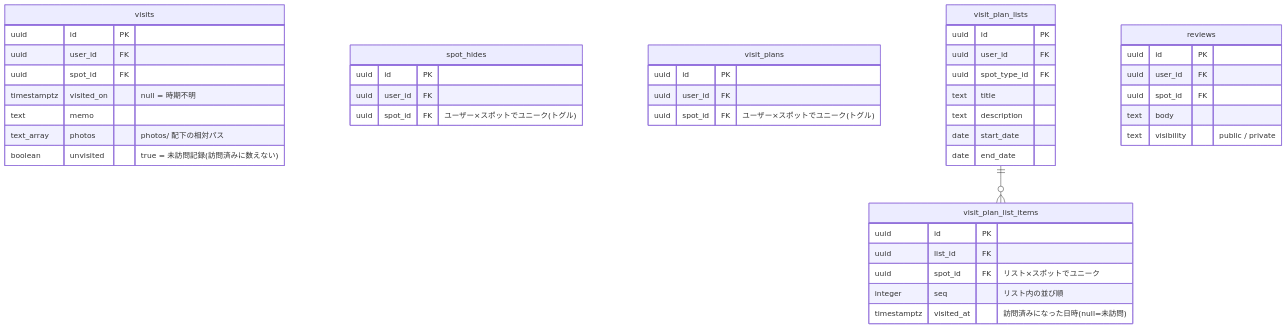
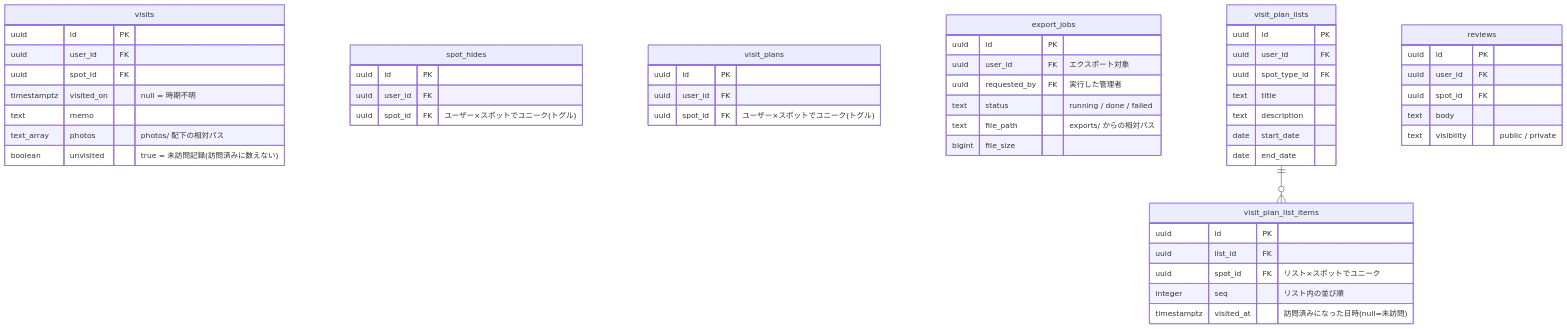
One commit to rtcode337/travel-log changed the fifth of 5 diagrams in docs/database.md. Above: the diagram before and after it, drawn with Mermaid. The commit also changed other lines of this file and 23 other files, not shown here.

````diff
--- a/docs/database.md
+++ b/docs/database.md
@@ -183,46 +184,54 @@
 ```mermaid
 erDiagram
     visits {
         uuid id PK
         uuid user_id FK
         uuid spot_id FK
         timestamptz visited_on "null = 時期不明"
         text memo
         text_array photos "photos/ 配下の相対パス"
         boolean unvisited "true = 未訪問記録(訪問済みに数えない)"
     }
     spot_hides {
         uuid id PK
         uuid user_id FK
         uuid spot_id FK "ユーザー×スポットでユニーク(トグル)"
     }
     visit_plans {
         uuid id PK
         uuid user_id FK
         uuid spot_id FK "ユーザー×スポットでユニーク(トグル)"
+    }
+    export_jobs {
+        uuid id PK
+        uuid user_id FK "エクスポート対象"
+        uuid requested_by FK "実行した管理者"
+        text status "running / done / failed"
+        text file_path "exports/ からの相対パス"
+        bigint file_size
     }
     visit_plan_lists {
         uuid id PK
         uuid user_id FK
         uuid spot_type_id FK
         text title
         text description
         date start_date
         date end_date
     }
     visit_plan_list_items {
         uuid id PK
         uuid list_id FK
         uuid spot_id FK "リスト×スポットでユニーク"
         integer seq "リスト内の並び順"
         timestamptz visited_at "訪問済みになった日時(null=未訪問)"
     }
     reviews {
         uuid id PK
         uuid user_id FK
         uuid spot_id FK
         text body
         text visibility "public / private"
     }
     visit_plan_lists ||--o{ visit_plan_list_items : ""
 ```
````
